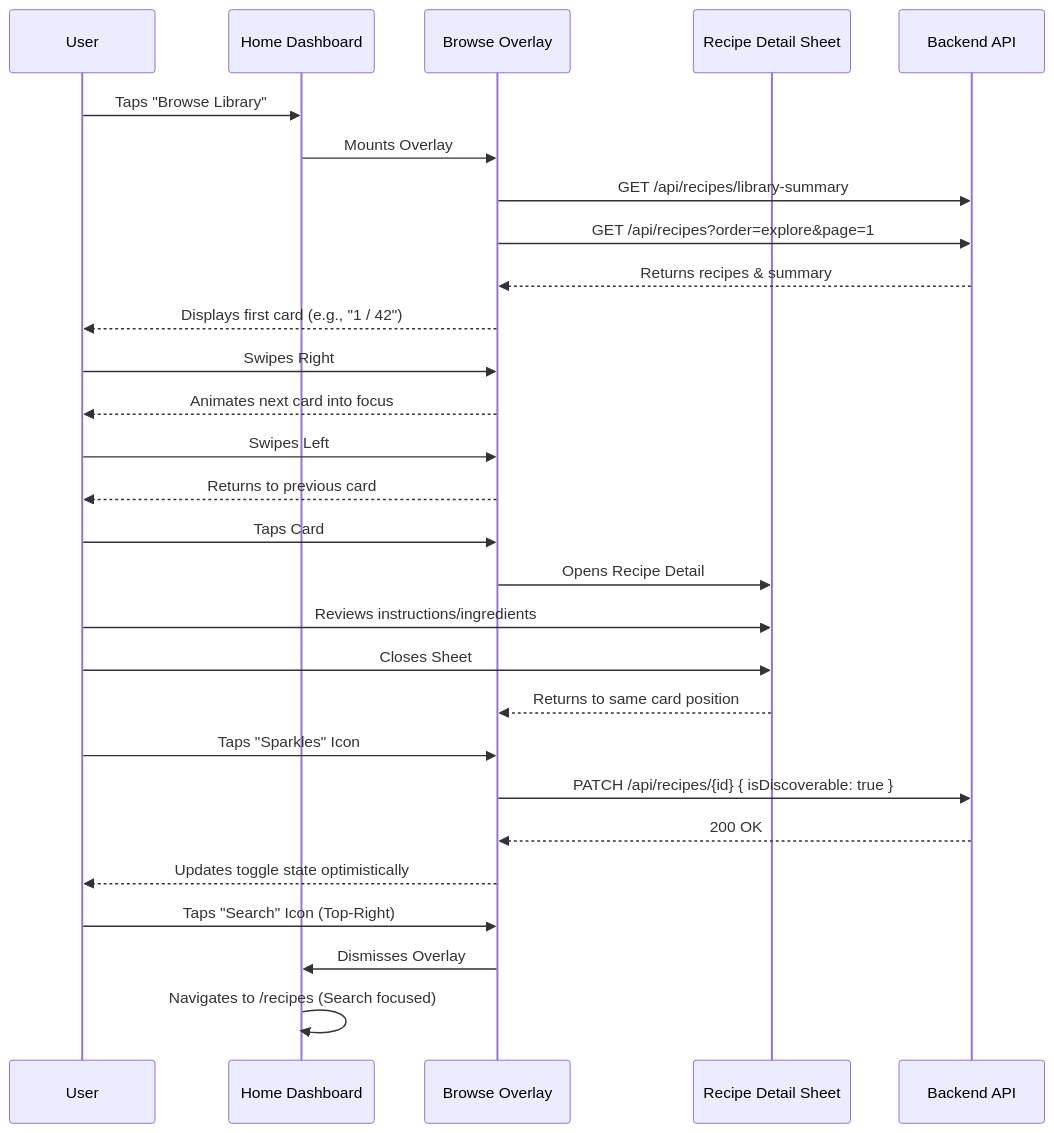
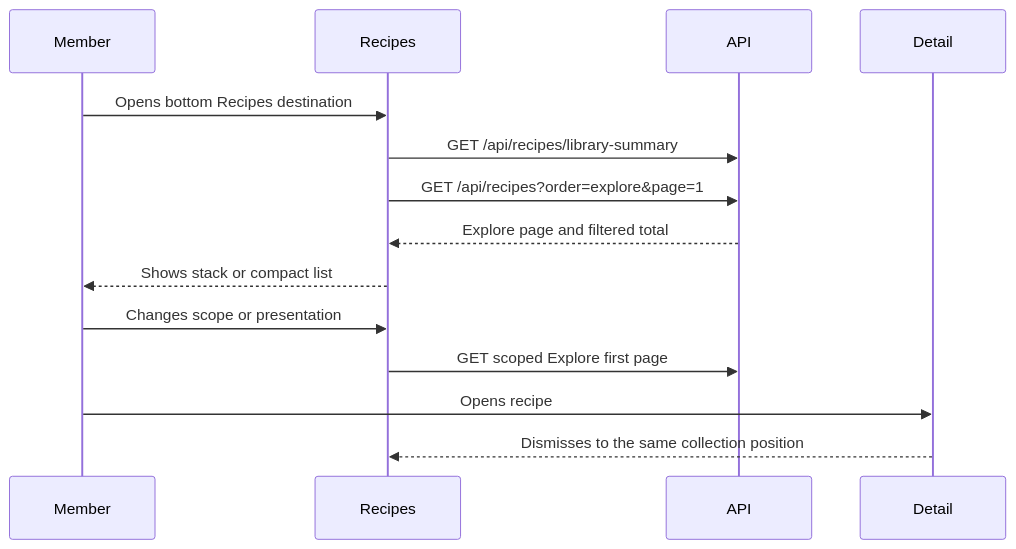
The diagram in docs/flows/user-flows/recipe-stack-browse.md (AlexandreBrisebois/whats-for-supper), drawn with Mermaid before and after one commit. The commit also changed other lines of this file and 138 other files, not shown here.

Commit message:
feat: unify recipe browsing and search with refined planning flows

````diff
--- a/docs/flows/user-flows/recipe-stack-browse.md
+++ b/docs/flows/user-flows/recipe-stack-browse.md
@@ -7,36 +5,16 @@
 ```mermaid
 sequenceDiagram
-    participant User
-    participant Home as Home Dashboard
-    participant Browse as Browse Overlay
-    participant Detail as Recipe Detail Sheet
-    participant API as Backend API
-
-    User->>Home: Taps "Browse Library"
-    Home->>Browse: Mounts Overlay
-    Browse->>API: GET /api/recipes/library-summary
-    Browse->>API: GET /api/recipes?order=explore&page=1
-    API-->>Browse: Returns recipes & summary
-    Browse-->>User: Displays first card (e.g., "1 / 42")
-
-    User->>Browse: Swipes Right
-    Browse-->>User: Animates next card into focus
-
-    User->>Browse: Swipes Left
-    Browse-->>User: Returns to previous card
-
-    User->>Browse: Taps Card
-    Browse->>Detail: Opens Recipe Detail
-    User->>Detail: Reviews instructions/ingredients
-    User->>Detail: Closes Sheet
-    Detail-->>Browse: Returns to same card position
-
-    User->>Browse: Taps "Sparkles" Icon
-    Browse->>API: PATCH /api/recipes/{id} { isDiscoverable: true }
-    API-->>Browse: 200 OK
-    Browse-->>User: Updates toggle state optimistically
-
-    User->>Browse: Taps "Search" Icon (Top-Right)
-    Browse->>Home: Dismisses Overlay
-    Home->>Home: Navigates to /recipes (Search focused)
+    participant Member
+    participant Recipes
+    participant API
+    participant Detail
+    Member->>Recipes: Opens bottom Recipes destination
+    Recipes->>API: GET /api/recipes/library-summary
+    Recipes->>API: GET /api/recipes?order=explore&page=1
+    API-->>Recipes: Explore page and filtered total
+    Recipes-->>Member: Shows stack or compact list
+    Member->>Recipes: Changes scope or presentation
+    Recipes->>API: GET scoped Explore first page
+    Member->>Detail: Opens recipe
+    Detail-->>Recipes: Dismisses to the same collection position
 ```
````
